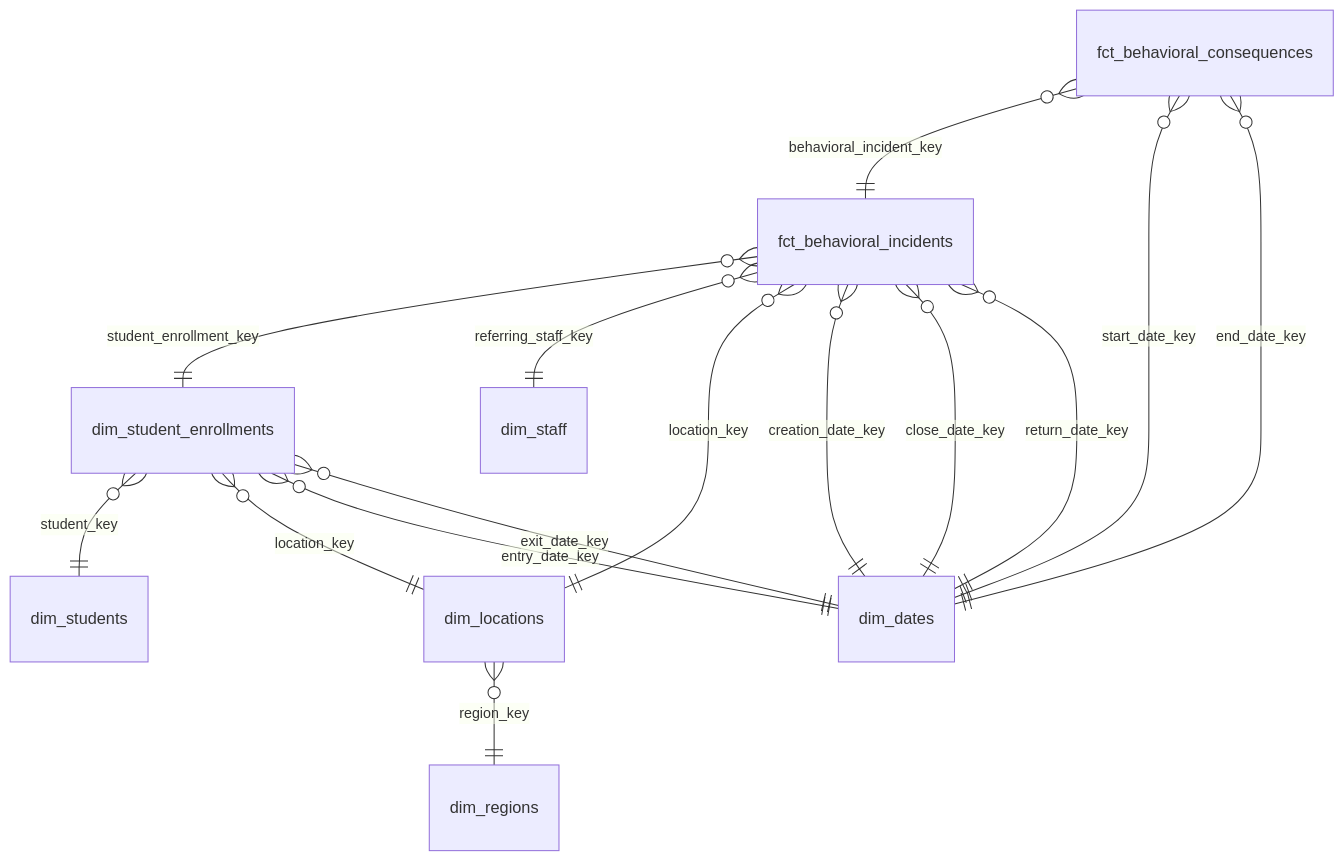
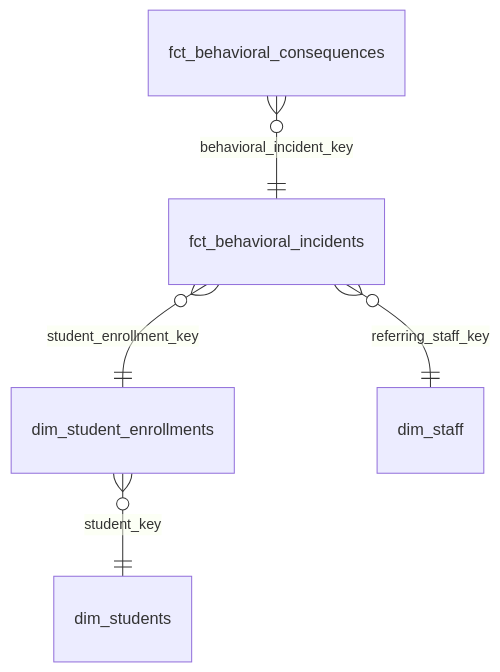
Before and after one commit to TEAMSchools/teamster: the third of 24 diagrams in docs/reference/marts-data-models.md, drawn with Mermaid. The commit also changed other lines of this file and 2 other files, not shown here.

First line of the commit message:
docs(marts): omit conformed dimensions from snowflake diagrams

````diff
--- a/docs/reference/marts-data-models.md
+++ b/docs/reference/marts-data-models.md
@@ -71,17 +65,7 @@
 ```mermaid
 erDiagram
   fct_behavioral_consequences }o--|| fct_behavioral_incidents : "behavioral_incident_key"
-  fct_behavioral_consequences }o--|| dim_dates : "start_date_key"
-  fct_behavioral_consequences }o--|| dim_dates : "end_date_key"
   fct_behavioral_incidents }o--|| dim_student_enrollments : "student_enrollment_key"
   fct_behavioral_incidents }o--|| dim_staff : "referring_staff_key"
-  fct_behavioral_incidents }o--|| dim_locations : "location_key"
-  fct_behavioral_incidents }o--|| dim_dates : "creation_date_key"
-  fct_behavioral_incidents }o--|| dim_dates : "close_date_key"
-  fct_behavioral_incidents }o--|| dim_dates : "return_date_key"
   dim_student_enrollments }o--|| dim_students : "student_key"
-  dim_student_enrollments }o--|| dim_locations : "location_key"
-  dim_student_enrollments }o--|| dim_dates : "entry_date_key"
-  dim_student_enrollments }o--|| dim_dates : "exit_date_key"
-  dim_locations }o--|| dim_regions : "region_key"
 ```
````
